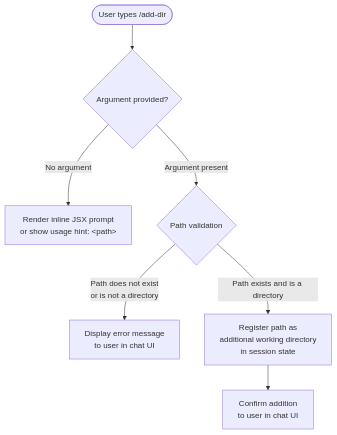
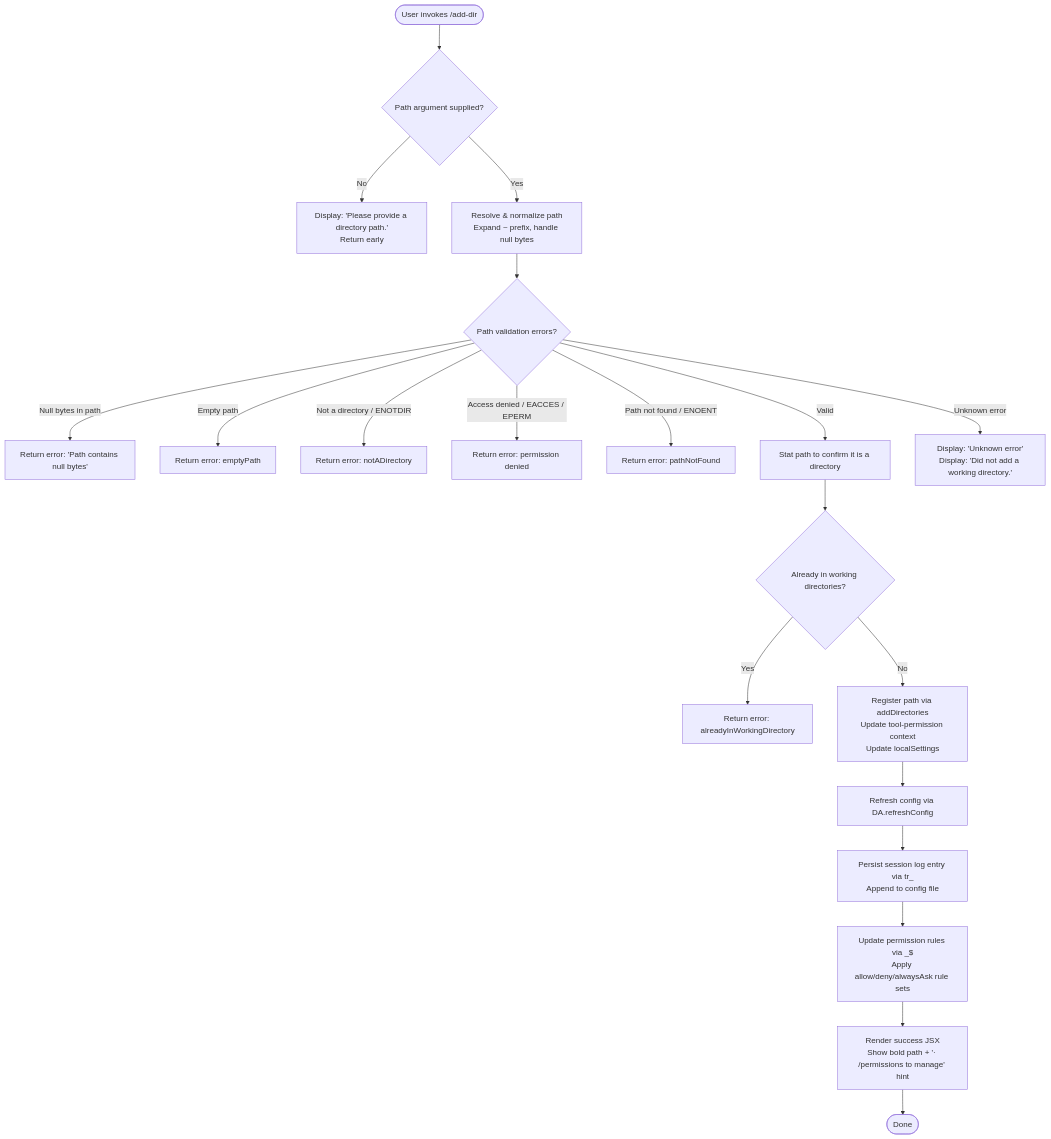
The diagram in versions/v2.1.157/add-dir.md (MyLittleLuckyDog/cc-gnothi), drawn with Mermaid before and after one commit. The commit also changed other lines of this file and 593 other files, not shown here.

````diff
--- a/versions/v2.1.157/add-dir.md
+++ b/versions/v2.1.157/add-dir.md
@@ -47,9 +55,22 @@
 ```mermaid
 flowchart TD
-    A([User types /add-dir]) --> B{Argument provided?}
-    B -- No argument --> C[Render inline JSX prompt\nor show usage hint: &lt;path&gt;]
-    B -- Argument present --> D{Path validation}
-    D -- Path does not exist\nor is not a directory --> E[Display error message\nto user in chat UI]
-    D -- Path exists and is a directory --> F[Register path as\nadditional working directory\nin session state]
-    F --> G[Confirm addition\nto user in chat UI]
+    A([User invokes /add-dir <path>]) --> B{Path argument supplied?}
+    B -- No --> C[Display: 'Please provide a directory path.'\nReturn early]
+    B -- Yes --> D[Resolve & normalize path\nExpand ~ prefix, handle null bytes]
+    D --> E{Path validation errors?}
+    E -- "Null bytes in path" --> F[Return error: 'Path contains null bytes']
+    E -- "Empty path" --> G[Return error: emptyPath]
+    E -- "Not a directory / ENOTDIR" --> H[Return error: notADirectory]
+    E -- "Access denied / EACCES / EPERM" --> I[Return error: permission denied]
+    E -- "Path not found / ENOENT" --> J[Return error: pathNotFound]
+    E -- Valid --> K[Stat path to confirm it is a directory]
+    K --> L{Already in working directories?}
+    L -- Yes --> M[Return error: alreadyInWorkingDirectory]
+    L -- No --> N[Register path via addDirectories\nUpdate tool-permission context\nUpdate localSettings]
+    N --> O[Refresh config via DA.refreshConfig]
+    O --> P[Persist session log entry via tr_\nAppend to config file]
+    P --> Q[Update permission rules via _$\nApply allow/deny/alwaysAsk rule sets]
+    Q --> R[Render success JSX\nShow bold path + '· /permissions to manage' hint]
+    R --> S([Done])
+    E -- "Unknown error" --> T[Display: 'Unknown error'\nDisplay: 'Did not add a working directory.']
 ```
````
